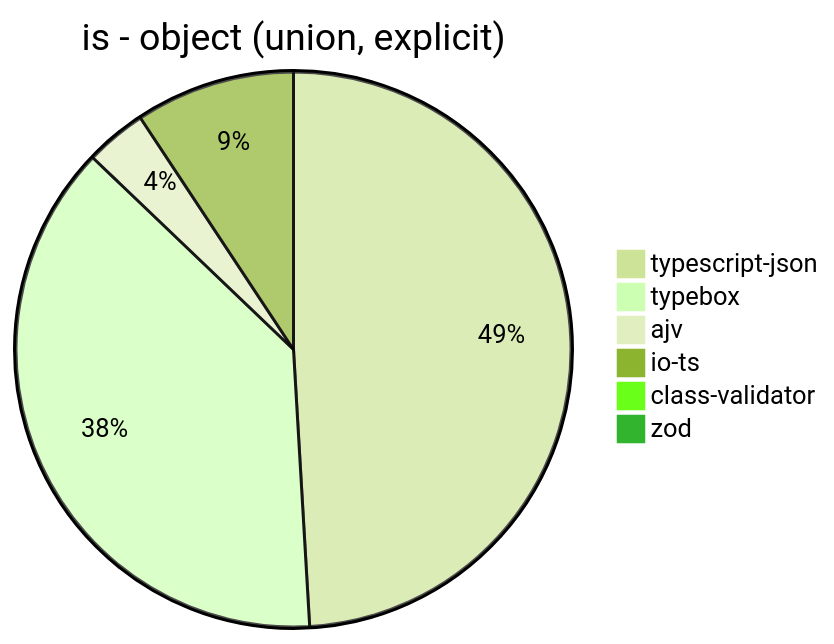
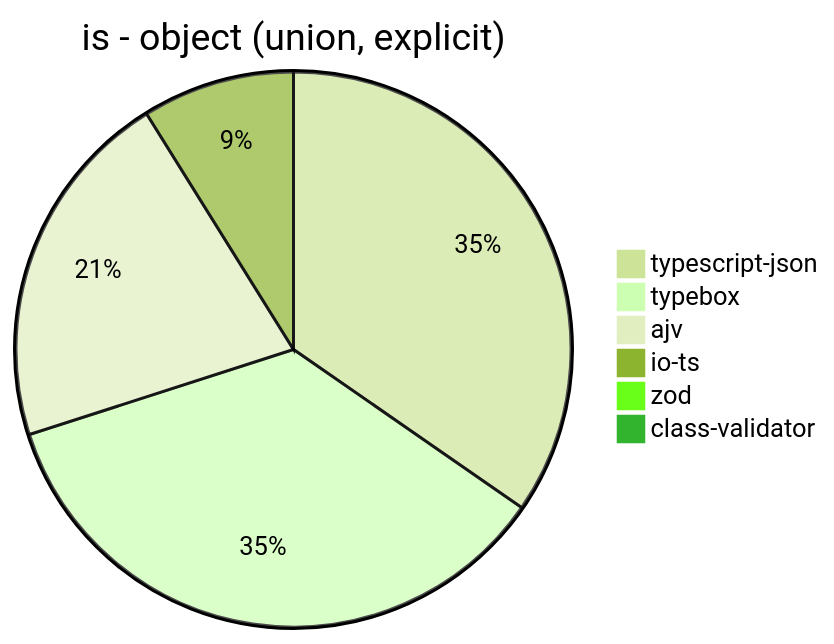
The third of 39 diagrams in benchmark/results/AMD Ryzen 7 5800H with Radeon Graphics.md (samchon/typia), drawn with Mermaid (forest theme) before and after one commit. The commit also changed other lines of this file and 3 other files, not shown here.

````diff
--- a/benchmark/results/AMD Ryzen 7 5800H with Radeon Graphics.md
+++ b/benchmark/results/AMD Ryzen 7 5800H with Radeon Graphics.md
@@ -43,9 +43,9 @@
 ```mermaid
 pie title is - object (union, explicit)
-  "typescript-json": 16727.091272001453
-  "typebox": 12976.50082614283
-  "ajv": 1215.3304943528976
-  "io-ts": 3168.399927020617
-  "class-validator": 15.5478324492409
-  "zod": 32.92400783057484
+  "typescript-json": 12505.327794834748
+  "typebox": 12776.566757493189
+  "ajv": 7611.069836552749
+  "io-ts": 3201.711268887675
+  "zod": 34.33556050482554
+  "class-validator": 15.235971757710889
 ```
````
